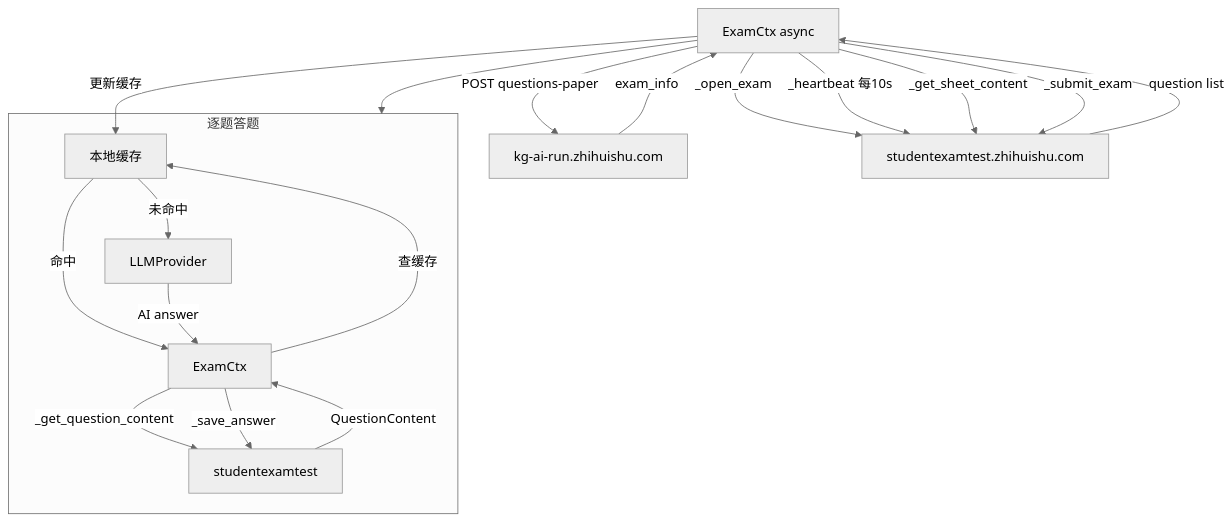
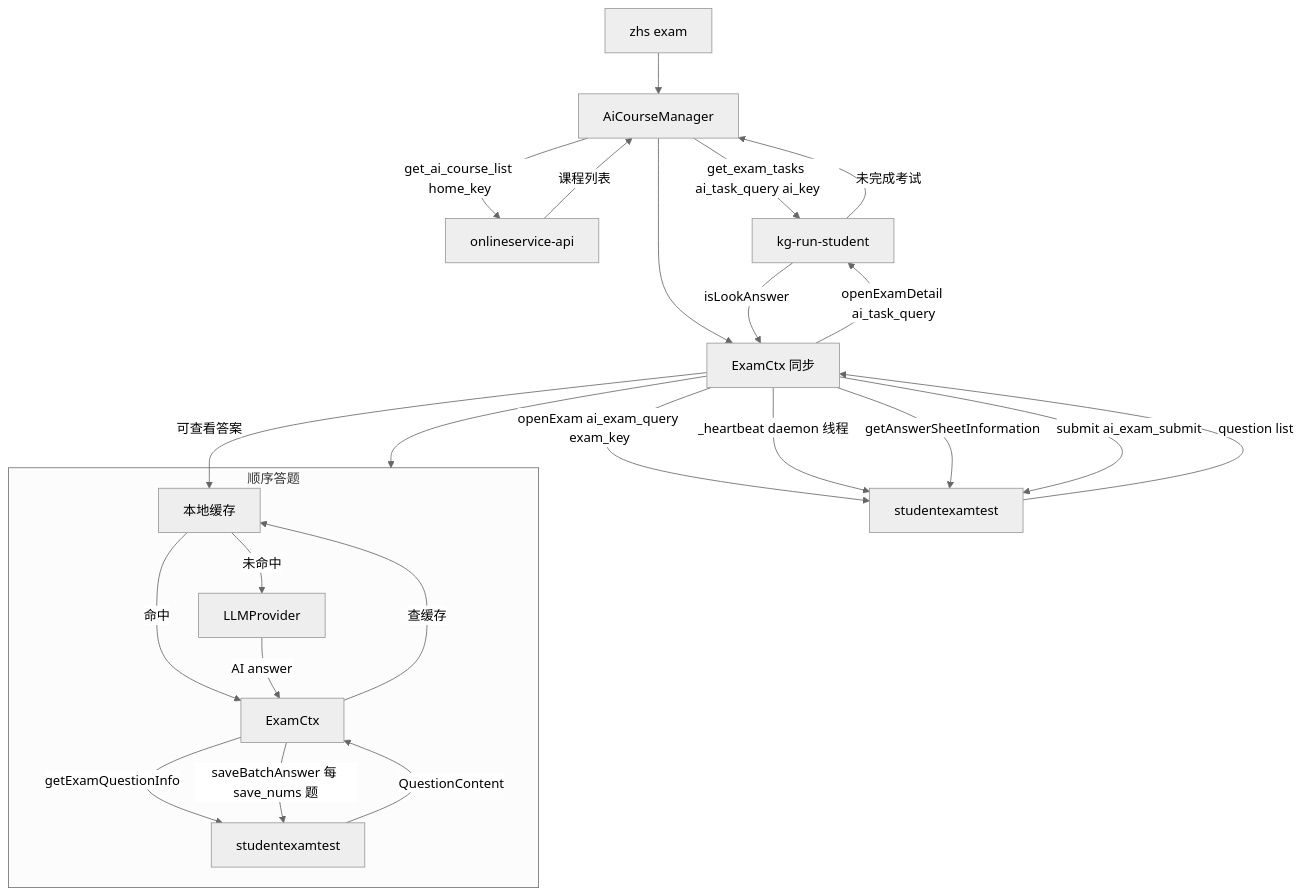
Before and after one commit to pjm314159/zhs: diagram 13 of 15 in docs/design.md, drawn with Mermaid (neutral theme). The commit also changed other lines of this file and 29 other files, not shown here.

````diff
--- a/docs/design.md
+++ b/docs/design.md
@@ -1342,24 +1778,30 @@
 ```mermaid
 flowchart TD
-    EC[ExamCtx async] -->|POST questions-paper| KG[kg-ai-run.zhihuishu.com]
-    KG -->|exam_info| EC
+    CLI[zhs exam] --> AiMgr[AiCourseManager]
+    AiMgr -->|get_ai_course_list home_key| OS[onlineservice-api]
+    OS -->|课程列表| AiMgr
+    AiMgr -->|get_exam_tasks ai_task_query ai_key| TASK[kg-run-student]
+    TASK -->|未完成考试| AiMgr
 
-    EC -->|_open_exam| SE[studentexamtest.zhihuishu.com]
-    EC -->|_heartbeat 每10s| SE
-    EC -->|_get_sheet_content| SE
-    SE -->|question list| EC
+    AiMgr --> ExamCtx[ExamCtx 同步]
+    ExamCtx -->|openExam ai_exam_query exam_key| EXAM[studentexamtest]
+    ExamCtx -->|_heartbeat daemon 线程| EXAM
+    ExamCtx -->|getAnswerSheetInformation| EXAM
+    EXAM -->|question list| ExamCtx
 
-    subgraph AnswerLoop[逐题答题]
-        EC2[ExamCtx] -->|_get_question_content| SE2[studentexamtest]
-        SE2 -->|QuestionContent| EC2
-        EC2 -->|查缓存| Cache[本地缓存]
-        Cache -->|命中| EC2
+    subgraph AnswerLoop[顺序答题]
+        ExamCtx2[ExamCtx] -->|getExamQuestionInfo| EXAM2[studentexamtest]
+        EXAM2 -->|QuestionContent| ExamCtx2
+        ExamCtx2 -->|查缓存| Cache[本地缓存]
+        Cache -->|命中| ExamCtx2
         Cache -->|未命中| LLM[LLMProvider]
-        LLM -->|AI answer| EC2
-        EC2 -->|_save_answer| SE2
+        LLM -->|AI answer| ExamCtx2
+        ExamCtx2 -->|saveBatchAnswer 每 save_nums 题| EXAM2
     end
 
-    EC --> AnswerLoop
-    EC -->|_submit_exam| SE
-    EC -->|更新缓存| Cache
+    ExamCtx --> AnswerLoop
+    ExamCtx -->|submit ai_exam_submit| EXAM
+    ExamCtx -->|openExamDetail ai_task_query| TASK
+    TASK -->|isLookAnswer| ExamCtx
+    ExamCtx -->|可查看答案| Cache
 ```
````
